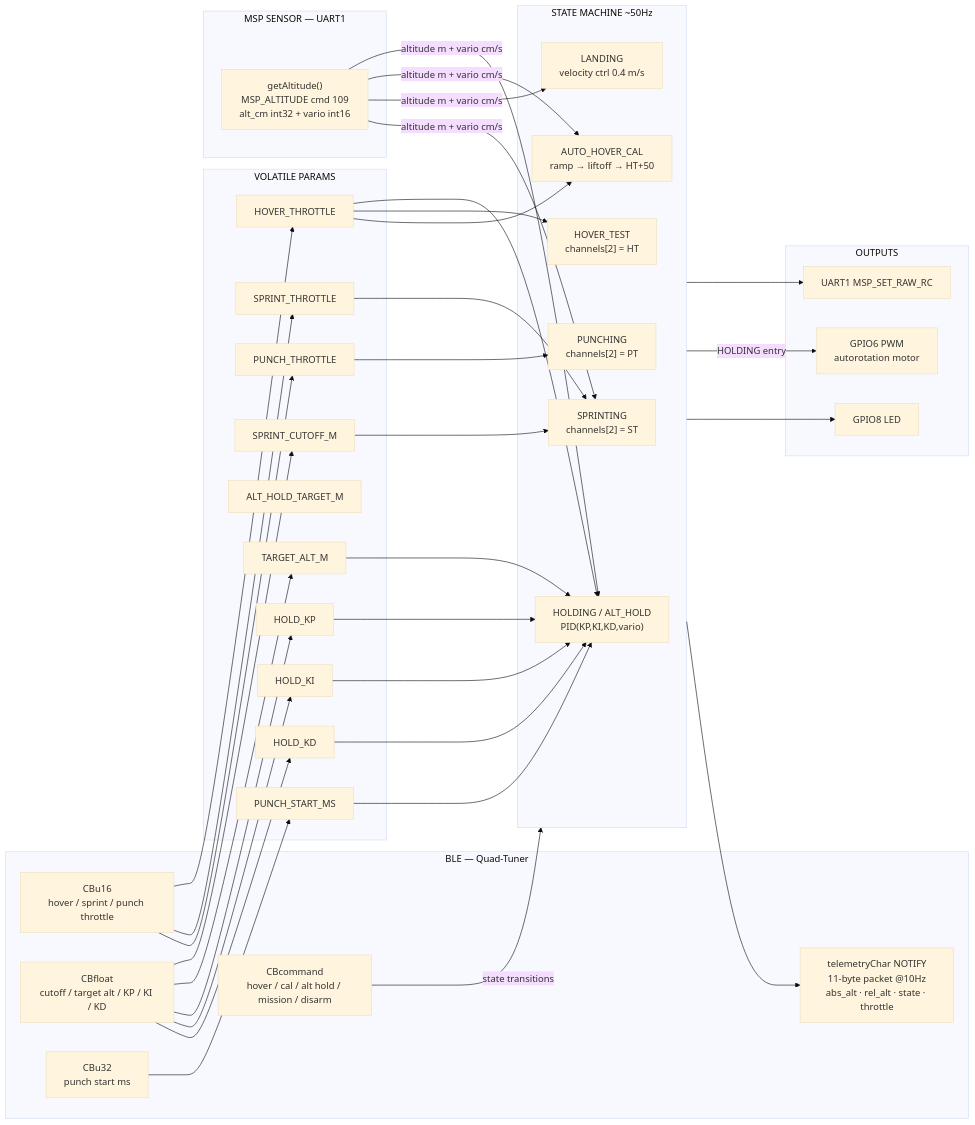
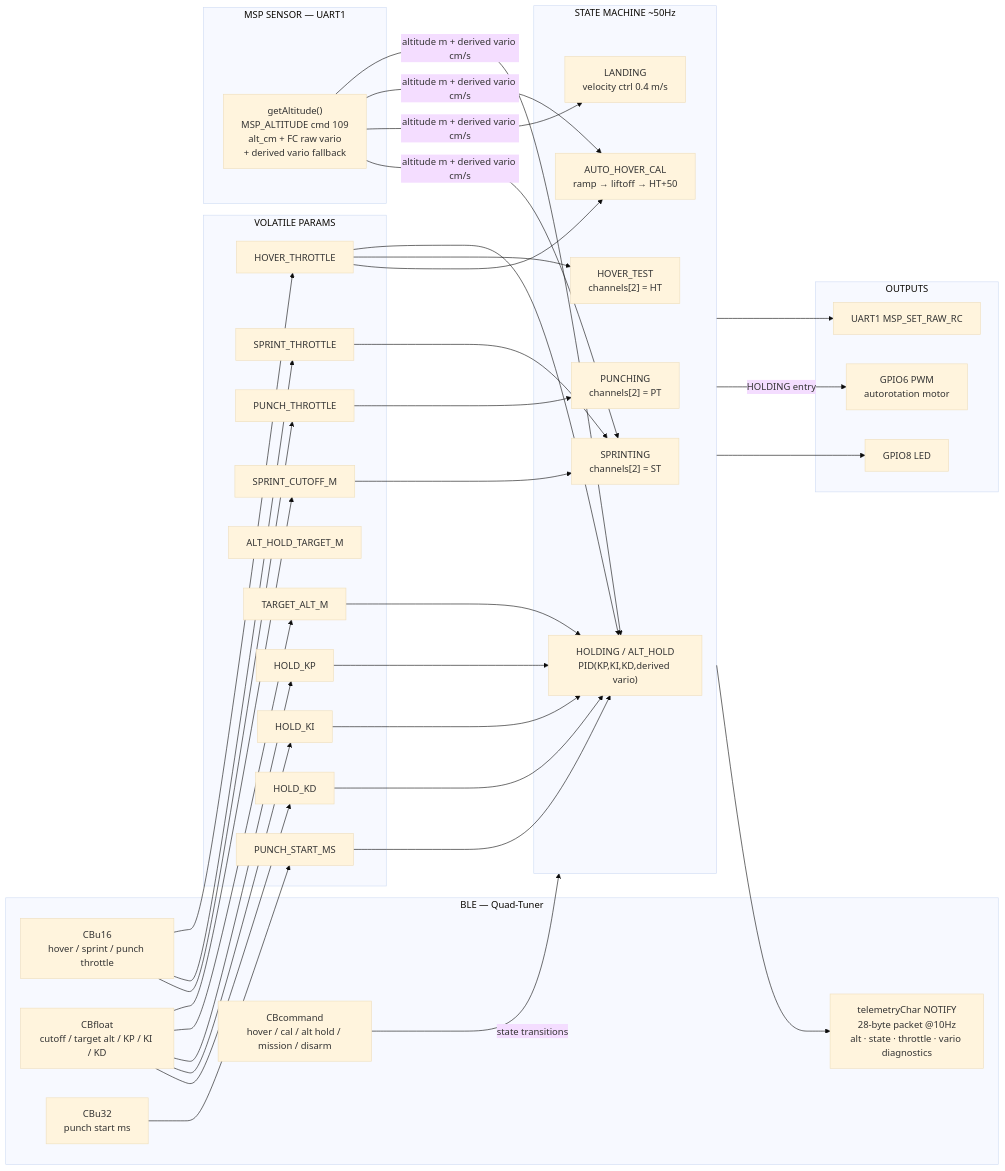
One commit to RyanHailey21/esp32_drone changed the second of 2 diagrams in README.md. Above: the diagram before and after it, drawn with Mermaid (base theme). The commit also changed other lines of this file and 9 other files, not shown here.

````diff
--- a/README.md
+++ b/README.md
@@ -323,62 +337,62 @@
 ```mermaid
 flowchart LR
     subgraph BLE["BLE — Quad-Tuner"]
         W1["CBu16\nhover / sprint / punch throttle"]
         W2["CBfloat\ncutoff / target alt / KP / KI / KD"]
         W3["CBu32\npunch start ms"]
         W4["CBcommand\nhover / cal / alt hold / mission / disarm"]
-        TEL["telemetryChar NOTIFY\n11-byte packet @10Hz\nabs_alt · rel_alt · state · throttle"]
+        TEL["telemetryChar NOTIFY\n28-byte packet @10Hz\nalt · state · throttle · vario diagnostics"]
     end
 
     subgraph PARAMS["VOLATILE PARAMS"]
         HT["HOVER_THROTTLE"]
         ST["SPRINT_THROTTLE"]
         SC["SPRINT_CUTOFF_M"]
         TA["TARGET_ALT_M"]
         AHT["ALT_HOLD_TARGET_M"]
         KP["HOLD_KP"]
         KI["HOLD_KI"]
         KD["HOLD_KD"]
         PS["PUNCH_START_MS"]
         PT["PUNCH_THROTTLE"]
     end
 
     subgraph SENSOR["MSP SENSOR — UART1"]
-        ALT["getAltitude()\nMSP_ALTITUDE cmd 109\nalt_cm int32 + vario int16"]
+        ALT["getAltitude()\nMSP_ALTITUDE cmd 109\nalt_cm + FC raw vario\n+ derived vario fallback"]
     end
 
     subgraph SM["STATE MACHINE ~50Hz"]
         SPR["SPRINTING\nchannels[2] = ST"]
-        HLD["HOLDING / ALT_HOLD\nPID(KP,KI,KD,vario)"]
+        HLD["HOLDING / ALT_HOLD\nPID(KP,KI,KD,derived vario)"]
         PUN["PUNCHING\nchannels[2] = PT"]
         HVT["HOVER_TEST\nchannels[2] = HT"]
         AHC["AUTO_HOVER_CAL\nramp → liftoff → HT+50"]
         LND["LANDING\nvelocity ctrl 0.4 m/s"]
     end
 
     subgraph OUT["OUTPUTS"]
         MSP_OUT["UART1 MSP_SET_RAW_RC"]
         PWM["GPIO6 PWM\nautorotation motor"]
         LED["GPIO8 LED"]
     end
 
     W1 --> HT & ST & PT
     W2 --> SC & TA & KP & KI & KD
     W3 --> PS
     W4 -->|state transitions| SM
 
-    ALT -->|altitude m + vario cm/s| HLD & AHC & LND & SPR
+    ALT -->|altitude m + derived vario cm/s| HLD & AHC & LND & SPR
 
     HT --> HLD & HVT & AHC
     ST --> SPR
     SC --> SPR
     TA --> HLD
     KP & KI & KD --> HLD
     PS --> HLD
     PT --> PUN
 
     SM --> MSP_OUT
     SM -->|HOLDING entry| PWM
     SM --> LED
     SM --> TEL
 ```
````
